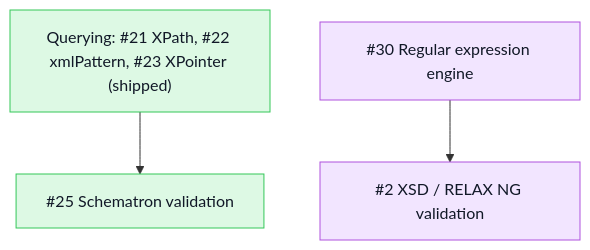
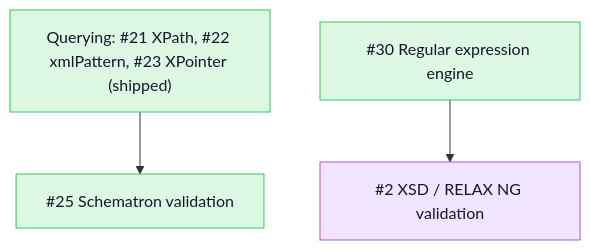
The third of 4 diagrams in README.md (mihaelamj/PureXML), drawn with Mermaid before and after one commit. The commit also changed 6 other files, not shown here.

First line of the commit message:
feat(regex): XML Schema regular-expression engine

````diff
--- a/README.md
+++ b/README.md
@@ -86,13 +86,13 @@
 ```mermaid
 flowchart TB
   classDef done fill:#ddf9e4,stroke:#34c759,color:#111827
   classDef review fill:#fff7d6,stroke:#ffcc00,color:#111827
   classDef epic fill:#f2e5ff,stroke:#af52de,color:#111827
   classDef todo fill:#f2f4f7,stroke:#8e8e93,color:#111827
   Querying["Querying: #21 XPath, #22 xmlPattern, #23 XPointer (shipped)"]:::done
-  Regexp["#30 Regular expression engine"]:::epic
+  Regexp["#30 Regular expression engine"]:::done
   Xsd["#2 XSD / RELAX NG validation"]:::epic
   Schematron["#25 Schematron validation"]:::done
   Regexp --> Xsd
   Querying --> Schematron
 ```
````
